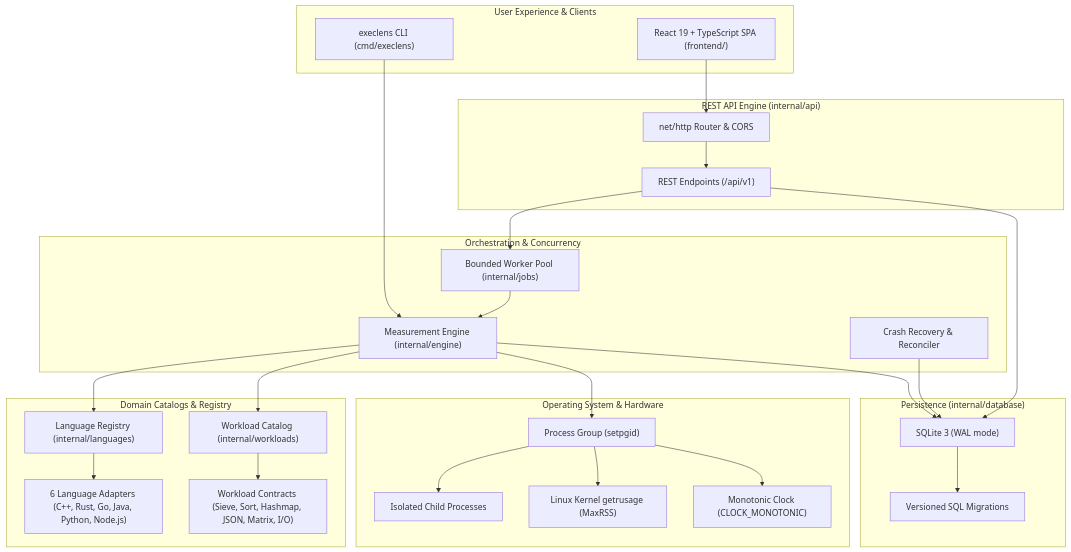
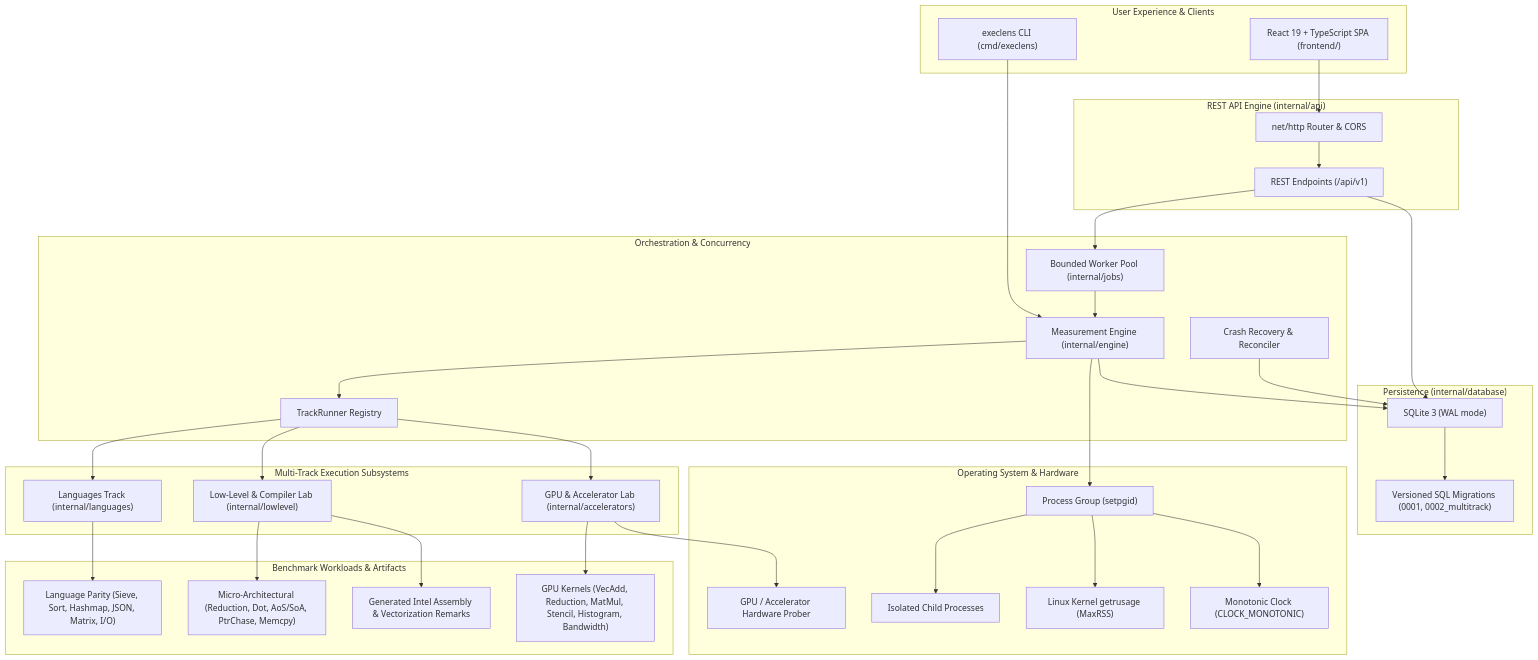
Before and after one commit to Jainam1673/execlens: the diagram in README.md, drawn with Mermaid. The commit also changed other lines of this file and 34 other files, not shown here.

````diff
--- a/README.md
+++ b/README.md
@@ -19,55 +23,68 @@
 ```mermaid
 flowchart TD
     subgraph UI ["User Experience & Clients"]
         CLI["execlens CLI (cmd/execlens)"]
         SPA["React 19 + TypeScript SPA (frontend/)"]
     end
 
     subgraph API ["REST API Engine (internal/api)"]
         Router["net/http Router & CORS"]
         Handlers["REST Endpoints (/api/v1)"]
     end
 
     subgraph Core ["Orchestration & Concurrency"]
         Pool["Bounded Worker Pool (internal/jobs)"]
         Engine["Measurement Engine (internal/engine)"]
         Reconcile["Crash Recovery & Reconciler"]
+        TrackRunner["TrackRunner Registry"]
     end
 
-    subgraph Domain ["Domain Catalogs & Registry"]
-        LangReg["Language Registry (internal/languages)"]
-        Adapters["6 Language Adapters (C++, Rust, Go, Java, Python, Node.js)"]
-        WorkloadReg["Workload Catalog (internal/workloads)"]
-        Contracts["Workload Contracts (Sieve, Sort, Hashmap, JSON, Matrix, I/O)"]
+    subgraph Tracks ["Multi-Track Execution Subsystems"]
+        LangReg["Languages Track (internal/languages)"]
+        LowLevel["Low-Level & Compiler Lab (internal/lowlevel)"]
+        AccelLab["GPU & Accelerator Lab (internal/accelerators)"]
+    end
+
+    subgraph Benchmarks ["Benchmark Workloads & Artifacts"]
+        LangWorkloads["Language Parity (Sieve, Sort, Hashmap, JSON, Matrix, I/O)"]
+        LowLevelWorkloads["Micro-Architectural (Reduction, Dot, AoS/SoA, PtrChase, Memcpy)"]
+        CUDAWorkloads["GPU Kernels (VecAdd, Reduction, MatMul, Stencil, Histogram, Bandwidth)"]
+        AsmViewer["Generated Intel Assembly & Vectorization Remarks"]
     end
 
     subgraph System ["Operating System & Hardware"]
         Proc["Process Group (setpgid)"]
         KernelUsage["Linux Kernel getrusage (MaxRSS)"]
         MonoClock["Monotonic Clock (CLOCK_MONOTONIC)"]
         Subprocess["Isolated Child Processes"]
+        HardwareProbing["GPU / Accelerator Hardware Prober"]
     end
 
     subgraph Storage ["Persistence (internal/database)"]
         SQLite["SQLite 3 (WAL mode)"]
-        Migrations["Versioned SQL Migrations"]
+        Migrations["Versioned SQL Migrations (0001, 0002_multitrack)"]
     end
 
     CLI --> Engine
     SPA --> Router
     Router --> Handlers
     Handlers --> Pool
     Pool --> Engine
-    Engine --> LangReg
-    Engine --> WorkloadReg
-    LangReg --> Adapters
-    WorkloadReg --> Contracts
+    Engine --> TrackRunner
+    TrackRunner --> LangReg
+    TrackRunner --> LowLevel
+    TrackRunner --> AccelLab
+    LangReg --> LangWorkloads
+    LowLevel --> LowLevelWorkloads
+    LowLevel --> AsmViewer
+    AccelLab --> CUDAWorkloads
     Engine --> Proc
     Proc --> Subprocess
     Proc --> KernelUsage
     Proc --> MonoClock
+    AccelLab --> HardwareProbing
     Handlers --> SQLite
     Engine --> SQLite
     Reconcile --> SQLite
     SQLite --> Migrations
 ```
````
